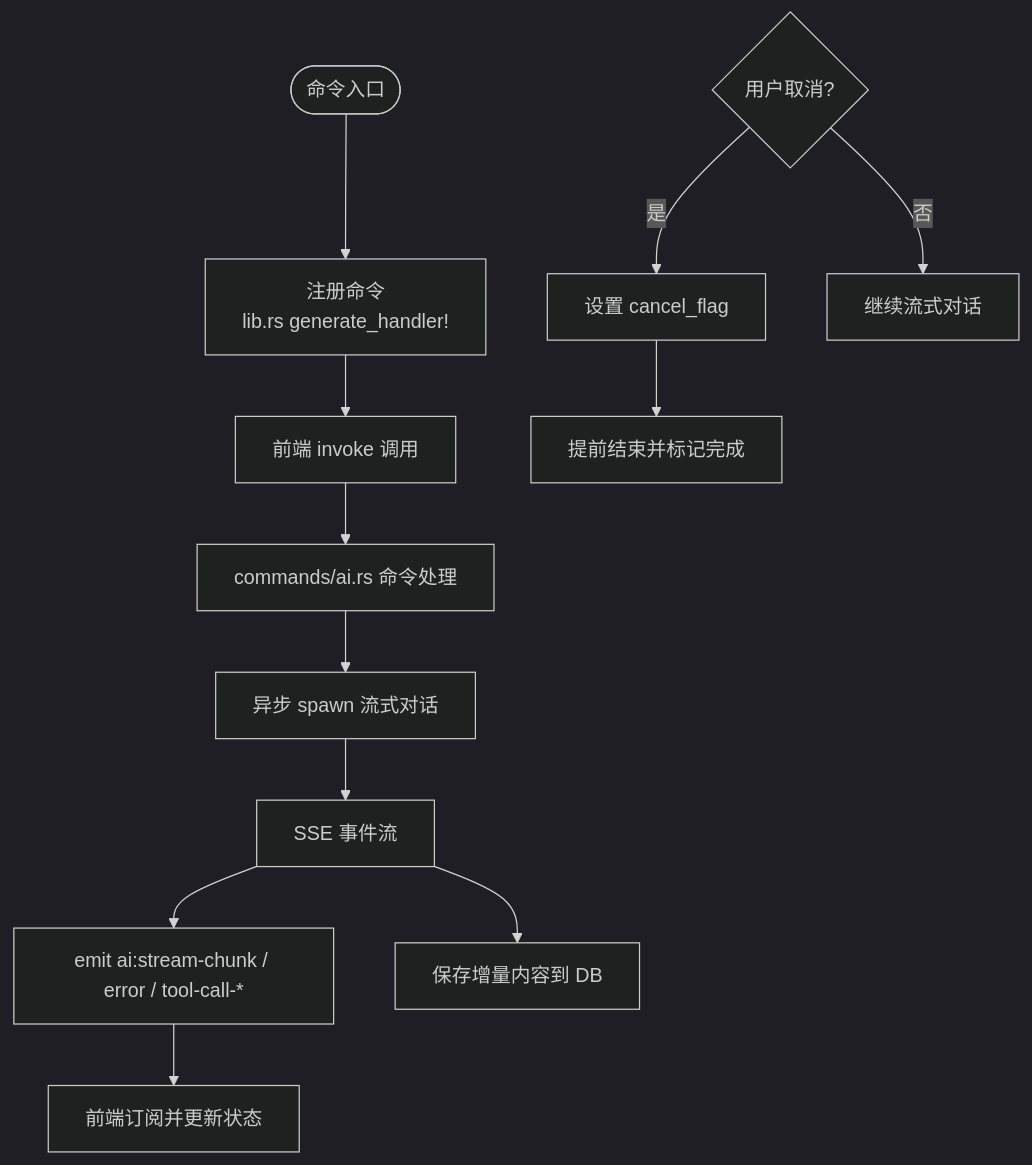
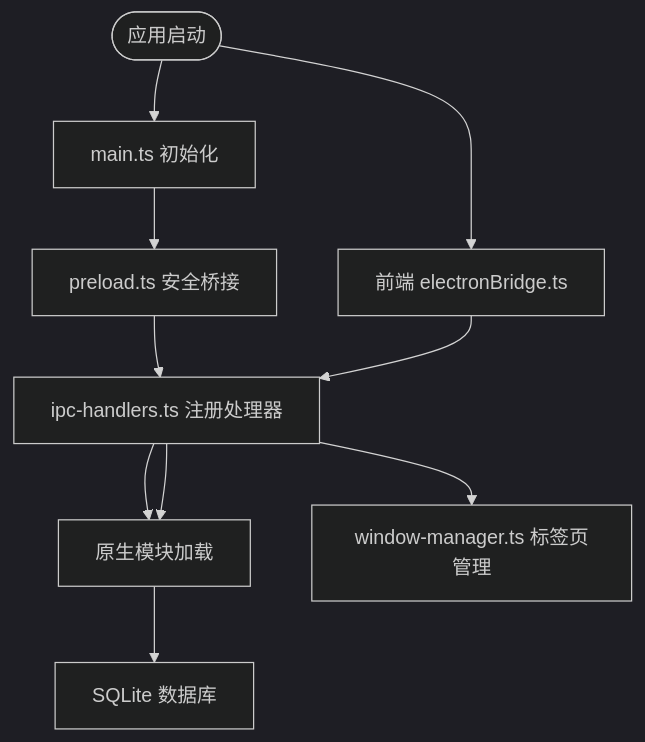
The fourth of 6 diagrams in .qoder/repowiki/zh/content/架构设计/架构设计.md (baike08/cosurf), drawn with Mermaid (dark theme) before and after one commit. The commit also changed other lines of this file and 15 other files, not shown here.

````diff
--- a/.qoder/repowiki/zh/content/架构设计/架构设计.md
+++ b/.qoder/repowiki/zh/content/架构设计/架构设计.md
@@ -196,13 +208,12 @@
 ```mermaid
 flowchart TD
-Start(["命令入口"]) --> Reg["注册命令<br/>lib.rs generate_handler!"]
-Reg --> Invoke["前端 invoke 调用"]
-Invoke --> Cmd["commands/ai.rs 命令处理"]
-Cmd --> Spawn["异步 spawn 流式对话"]
-Spawn --> SSE["SSE 事件流"]
-SSE --> Emit["emit ai:stream-chunk / error / tool-call-*"]
-Emit --> Front["前端订阅并更新状态"]
-SSE --> DBWrite["保存增量内容到 DB"]
-Cancel{"用户取消?"} --> |是| Flag["设置 cancel_flag"] --> Break["提前结束并标记完成"]
-Cancel --> |否| Continue["继续流式对话"]
+Start(["应用启动"]) --> Main["main.ts 初始化"]
+Main --> Preload["preload.ts 安全桥接"]
+Preload --> IPC["ipc-handlers.ts 注册处理器"]
+IPC --> Native["原生模块加载"]
+IPC --> WM["window-manager.ts 标签页管理"]
+Start --> Front["前端 electronBridge.ts"]
+Front --> IPC
+IPC --> Native
+Native --> DB["SQLite 数据库"]
 ```
````
